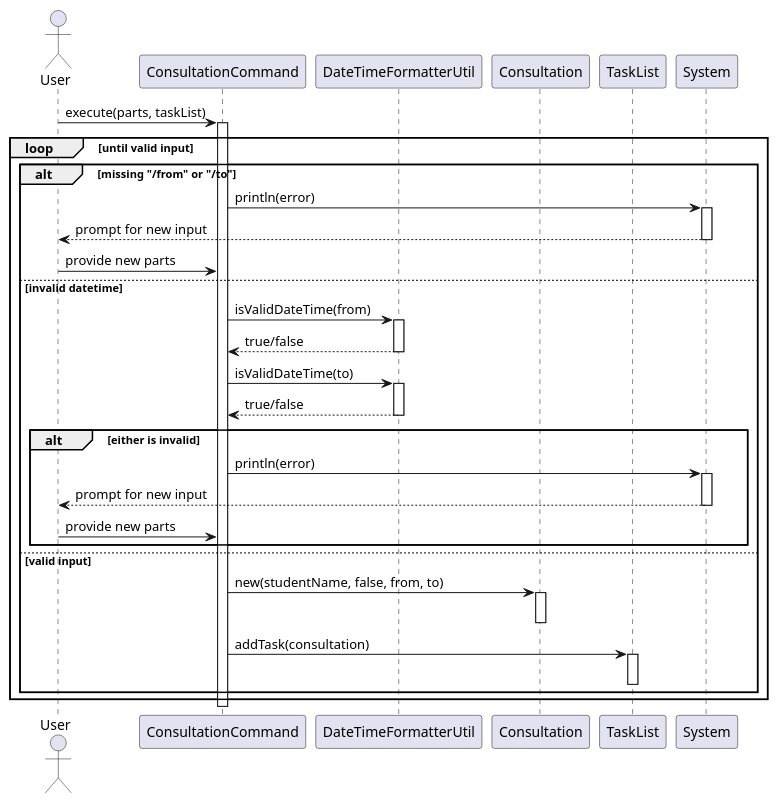
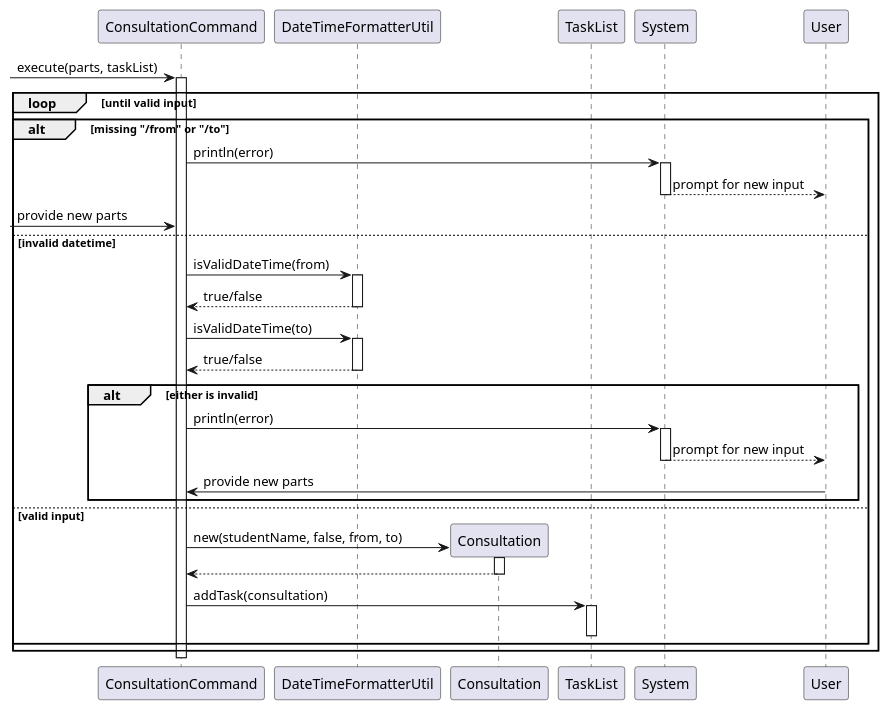
The diagram in docs/diagrams/tasklistcommands/ConsultationCommandSequenceDiagram.puml (wongyihao02/tp), drawn with PlantUML before and after one commit. The commit also changed 19 other files, not shown here.

Commit message:
Edit sequence diagrams for taskcommands

```diff
--- a/docs/diagrams/tasklistcommands/ConsultationCommandSequenceDiagram.puml
+++ b/docs/diagrams/tasklistcommands/ConsultationCommandSequenceDiagram.puml
@@ -1,52 +1,52 @@
 @startuml
 'https://plantuml.com/sequence-diagram
-
-actor User
 
 participant "ConsultationCommand" as ConsultCmd
 participant "DateTimeFormatterUtil" as Formatter
 participant "Consultation" as Consultation
 participant "TaskList" as TaskList
 participant "System" as Console
 
-User -> ConsultCmd : execute(parts, taskList)
+ -> ConsultCmd : execute(parts, taskList)
 activate ConsultCmd
 
 loop until valid input
     alt missing "/from" or "/to"
         ConsultCmd -> Console : println(error)
         activate Console
         Console --> User : prompt for new input
         deactivate Console
-        User -> ConsultCmd : provide new parts
+        -> ConsultCmd : provide new parts
     else invalid datetime
         ConsultCmd -> Formatter : isValidDateTime(from)
         activate Formatter
         Formatter --> ConsultCmd : true/false
         deactivate Formatter
 
         ConsultCmd -> Formatter : isValidDateTime(to)
         activate Formatter
         Formatter --> ConsultCmd : true/false
         deactivate Formatter
 
         alt either is invalid
             ConsultCmd -> Console : println(error)
             activate Console
             Console --> User : prompt for new input
             deactivate Console
             User -> ConsultCmd : provide new parts
         end
     else valid input
+        create Consultation
         ConsultCmd -> Consultation : new(studentName, false, from, to)
         activate Consultation
+        Consultation --> ConsultCmd
         deactivate Consultation
 
         ConsultCmd -> TaskList : addTask(consultation)
         activate TaskList
         deactivate TaskList
     end
 end
 
 deactivate ConsultCmd
 @enduml
```
